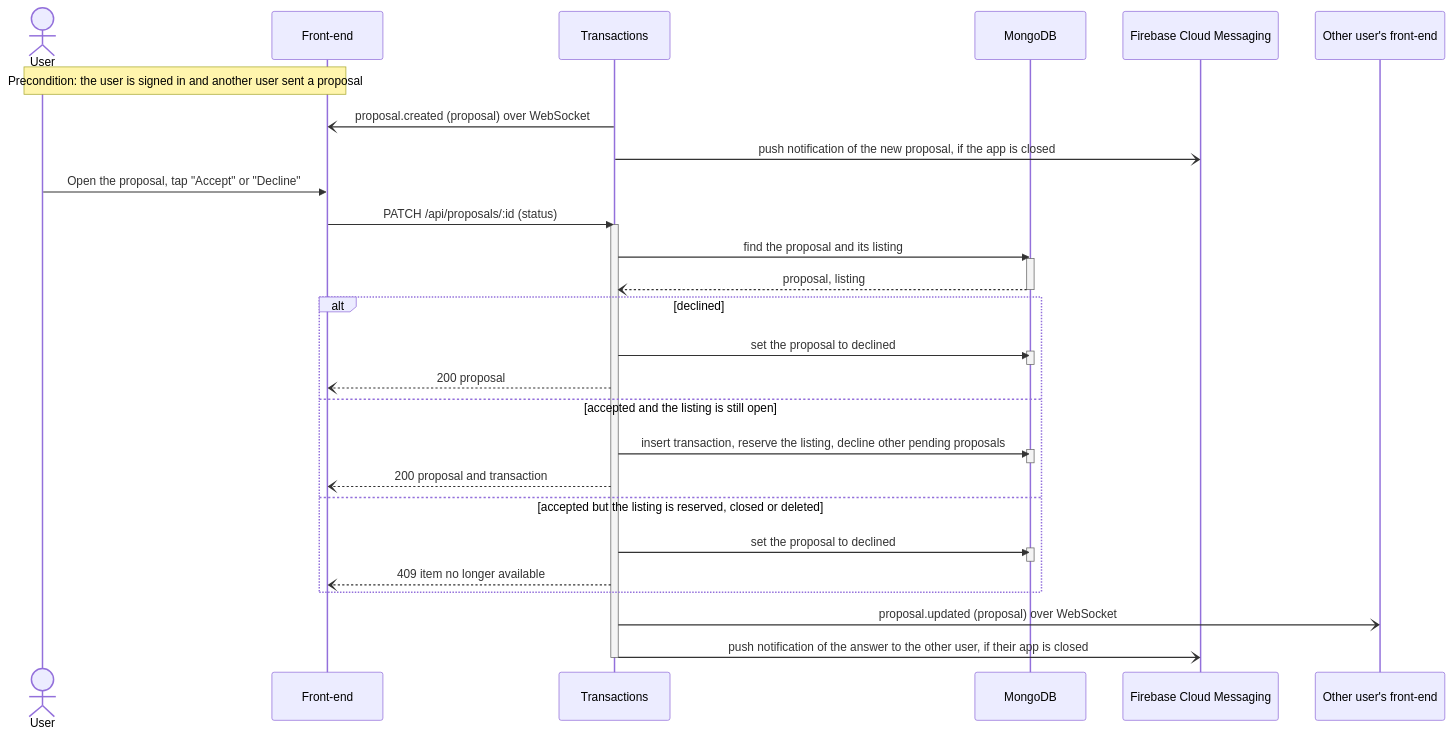
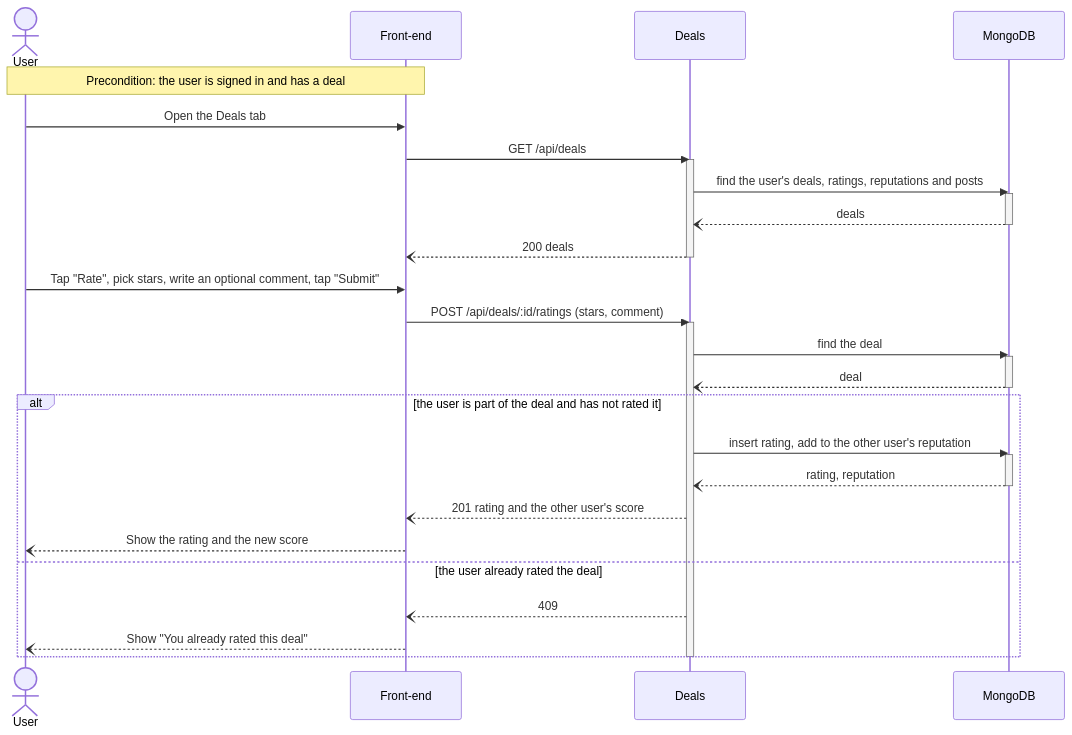
The third of 6 diagrams in documentation/Requirements_and_Design.md (m1lun/m1skeletonProject), drawn with Mermaid before and after one commit. The commit also changed other lines of this file and 2 other files, not shown here.

Commit message:
docs: replace offers and transactions with deals

````diff
--- a/documentation/Requirements_and_Design.md
+++ b/documentation/Requirements_and_Design.md
@@ -543,38 +518,36 @@
 ```mermaid
 sequenceDiagram
     actor U as User
     participant FE as Front-end
-    participant T as Transactions
+    participant D as Deals
     participant DB as MongoDB
-    participant FCM as Firebase Cloud Messaging
-    participant O as Other user's front-end
-    Note over U,FE: Precondition: the user is signed in and another user sent a proposal
-    T-)FE: proposal.created (proposal) over WebSocket
-    T-)FCM: push notification of the new proposal, if the app is closed
-    U->>FE: Open the proposal, tap "Accept" or "Decline"
-    FE->>T: PATCH /api/proposals/:id (status)
-    activate T
-    T->>DB: find the proposal and its listing
+    Note over U,FE: Precondition: the user is signed in and has a deal
+    U->>FE: Open the Deals tab
+    FE->>D: GET /api/deals
+    activate D
+    D->>DB: find the user's deals, ratings, reputations and posts
     activate DB
-    DB--)T: proposal, listing
+    DB--)D: deals
     deactivate DB
-    alt declined
-        T->>DB: set the proposal to declined
+    D--)FE: 200 deals
+    deactivate D
+    U->>FE: Tap "Rate", pick stars, write an optional comment, tap "Submit"
+    FE->>D: POST /api/deals/:id/ratings (stars, comment)
+    activate D
+    D->>DB: find the deal
+    activate DB
+    DB--)D: deal
+    deactivate DB
+    alt the user is part of the deal and has not rated it
+        D->>DB: insert rating, add to the other user's reputation
         activate DB
+        DB--)D: rating, reputation
         deactivate DB
-        T--)FE: 200 proposal
-    else accepted and the listing is still open
-        T->>DB: insert transaction, reserve the listing, decline other pending proposals
-        activate DB
-        deactivate DB
-        T--)FE: 200 proposal and transaction
-    else accepted but the listing is reserved, closed or deleted
-        T->>DB: set the proposal to declined
-        activate DB
-        deactivate DB
-        T--)FE: 409 item no longer available
+        D--)FE: 201 rating and the other user's score
+        FE--)U: Show the rating and the new score
+    else the user already rated the deal
+        D--)FE: 409
+        FE--)U: Show "You already rated this deal"
     end
-    T-)O: proposal.updated (proposal) over WebSocket
-    T-)FCM: push notification of the answer to the other user, if their app is closed
-    deactivate T
+    deactivate D
 ```
````
